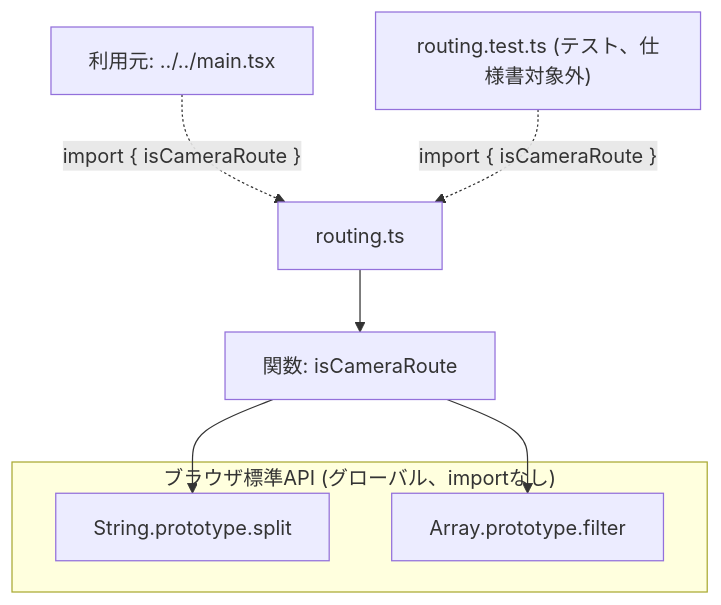
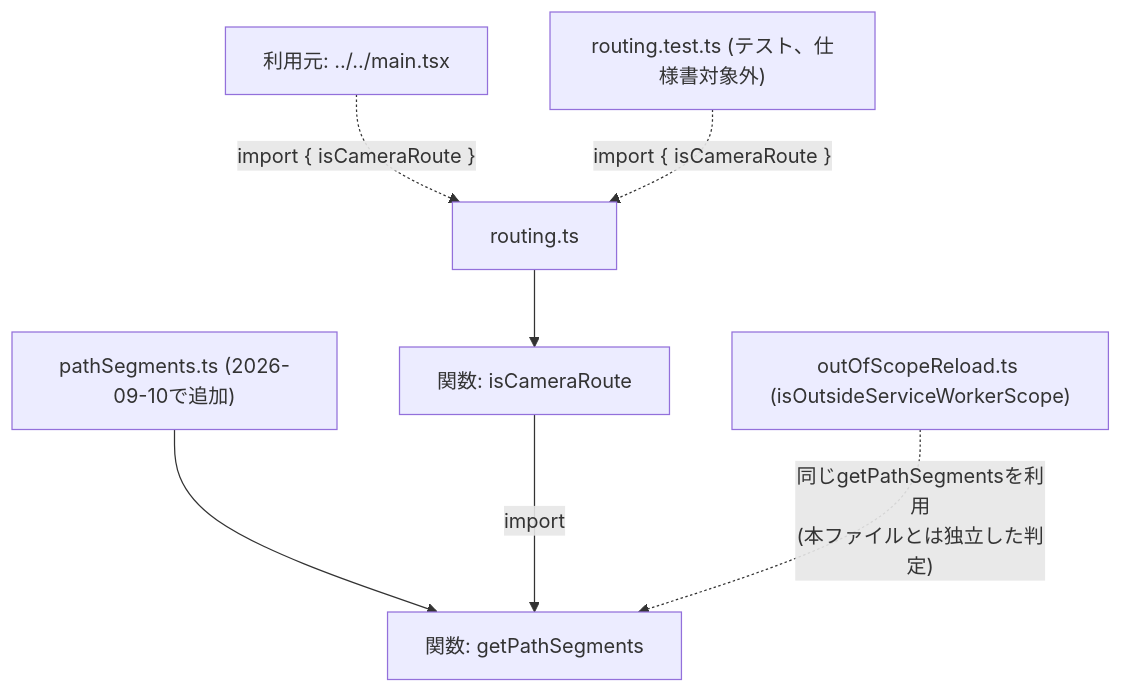
The second of 2 diagrams in docs/specifications/family-quest/src/lib/routing.md (mmtigers/my_python_project), drawn with Mermaid before and after one commit. The commit also changed other lines of this file and 8 other files, not shown here.

First line of the commit message:
family-quest: outOfScopeReloadのベースライン消失バグを修正 (#613)

````diff
--- a/docs/specifications/family-quest/src/lib/routing.md
+++ b/docs/specifications/family-quest/src/lib/routing.md
@@ -75,15 +75,11 @@
 ```mermaid
 graph TD
     RoutingTs["routing.ts"] --> IsCameraRoute["関数: isCameraRoute"]
 
-    subgraph "ブラウザ標準API (グローバル、importなし)"
-        StringSplit["String.prototype.split"]
-        ArrayFilter["Array.prototype.filter"]
-    end
-
-    IsCameraRoute --> StringSplit
-    IsCameraRoute --> ArrayFilter
+    PathSegmentsTs["pathSegments.ts (2026-09-10で追加)"] --> GetSegmentsFn["関数: getPathSegments"]
+    IsCameraRoute -->|import| GetSegmentsFn
 
     MainTsx["利用元: ../../main.tsx"] -.->|"import { isCameraRoute }"| RoutingTs
+    OutOfScopeReloadTs["outOfScopeReload.ts (isOutsideServiceWorkerScope)"] -.->|"同じgetPathSegmentsを利用<br>(本ファイルとは独立した判定)"| GetSegmentsFn
     RoutingTestTs["routing.test.ts (テスト、仕様書対象外)"] -.->|"import { isCameraRoute }"| RoutingTs
 ```
````
